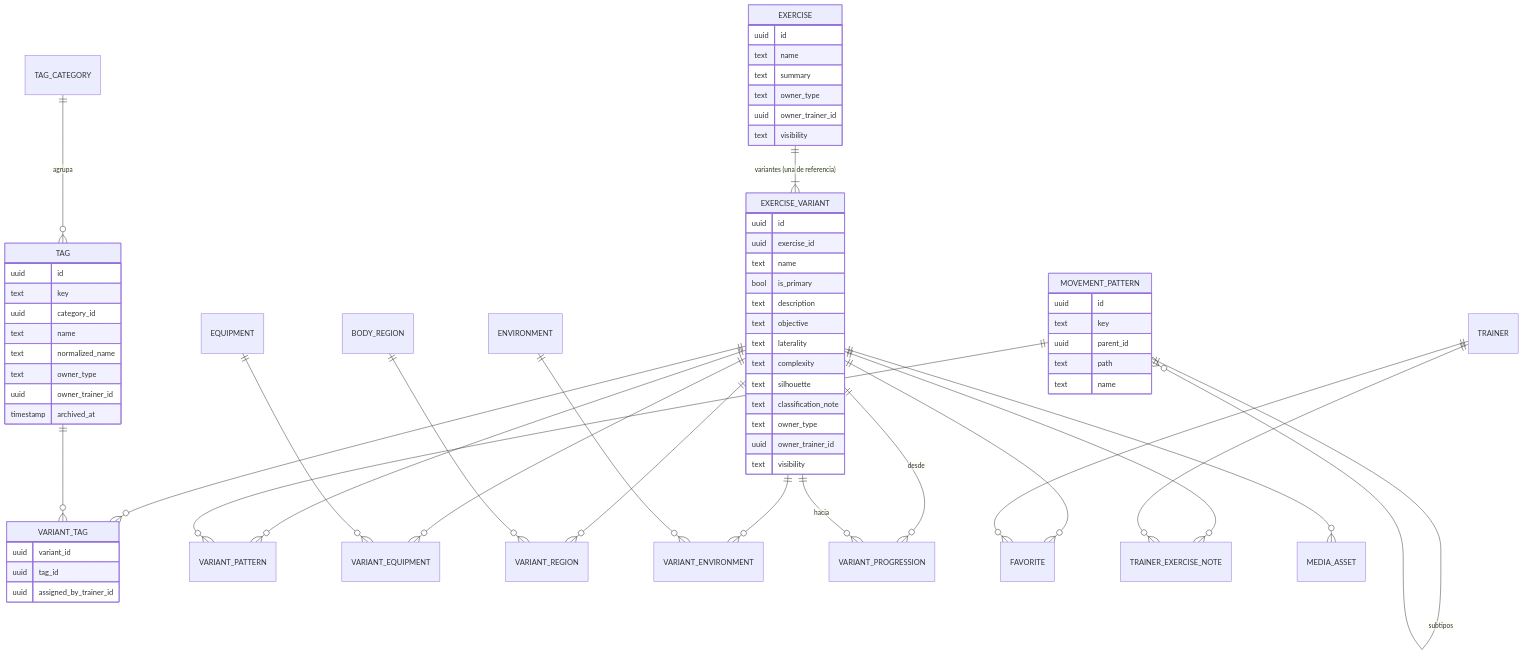
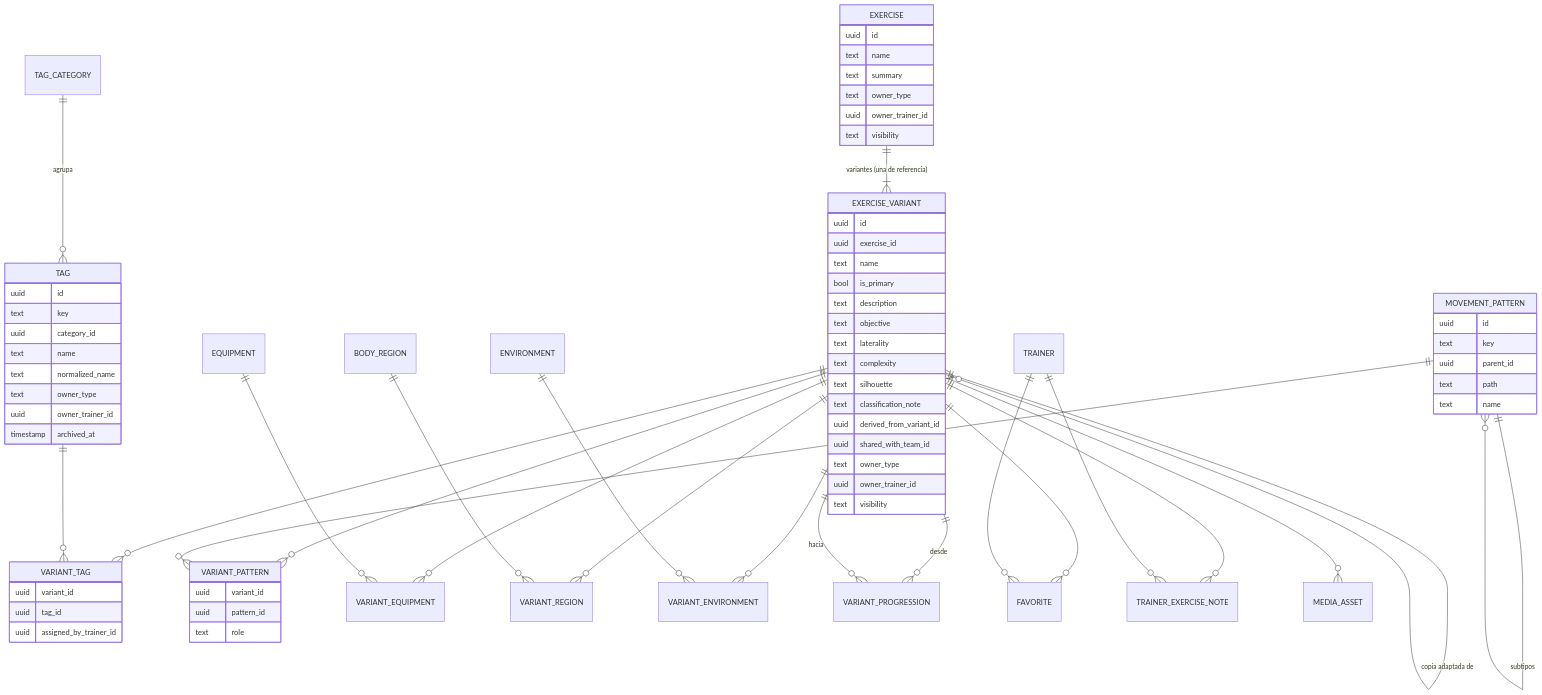
Before and after one commit to davidperez29-jpg/david: the second of 2 diagrams in docs/DATA_MODEL.md, drawn with Mermaid. The commit also changed other lines of this file and 38 other files, not shown here.

````diff
--- a/docs/DATA_MODEL.md
+++ b/docs/DATA_MODEL.md
@@ -76,69 +77,77 @@
 ```mermaid
 erDiagram
   EXERCISE ||--|{ EXERCISE_VARIANT : "variantes (una de referencia)"
   EXERCISE_VARIANT ||--o{ VARIANT_TAG : ""
   TAG ||--o{ VARIANT_TAG : ""
   TAG_CATEGORY ||--o{ TAG : "agrupa"
   EXERCISE_VARIANT ||--o{ VARIANT_PATTERN : ""
   MOVEMENT_PATTERN ||--o{ VARIANT_PATTERN : ""
   MOVEMENT_PATTERN ||--o{ MOVEMENT_PATTERN : "subtipos"
   EXERCISE_VARIANT ||--o{ VARIANT_EQUIPMENT : ""
   EQUIPMENT ||--o{ VARIANT_EQUIPMENT : ""
   EXERCISE_VARIANT ||--o{ VARIANT_REGION : ""
   BODY_REGION ||--o{ VARIANT_REGION : ""
   EXERCISE_VARIANT ||--o{ VARIANT_ENVIRONMENT : ""
   ENVIRONMENT ||--o{ VARIANT_ENVIRONMENT : ""
   EXERCISE_VARIANT ||--o{ VARIANT_PROGRESSION : "desde"
   EXERCISE_VARIANT ||--o{ VARIANT_PROGRESSION : "hacia"
   EXERCISE_VARIANT ||--o{ FAVORITE : ""
+  EXERCISE_VARIANT ||--o{ EXERCISE_VARIANT : "copia adaptada de"
   EXERCISE_VARIANT ||--o{ TRAINER_EXERCISE_NOTE : ""
   EXERCISE_VARIANT ||--o{ MEDIA_ASSET : ""
   TRAINER ||--o{ FAVORITE : ""
   TRAINER ||--o{ TRAINER_EXERCISE_NOTE : ""
 
   EXERCISE {
     uuid id
     text name
     text summary
     text owner_type
     uuid owner_trainer_id
     text visibility
   }
   EXERCISE_VARIANT {
     uuid id
     uuid exercise_id
     text name
     bool is_primary
     text description
     text objective
     text laterality
     text complexity
     text silhouette
     text classification_note
+    uuid derived_from_variant_id
+    uuid shared_with_team_id
     text owner_type
     uuid owner_trainer_id
     text visibility
   }
   TAG {
     uuid id
     text key
     uuid category_id
     text name
     text normalized_name
     text owner_type
     uuid owner_trainer_id
     timestamp archived_at
   }
   VARIANT_TAG {
     uuid variant_id
     uuid tag_id
     uuid assigned_by_trainer_id
   }
+  VARIANT_PATTERN {
+    uuid variant_id
+    uuid pattern_id
+    text role
+  }
   MOVEMENT_PATTERN {
     uuid id
     text key
     uuid parent_id
     text path
     text name
   }
 ```
````
